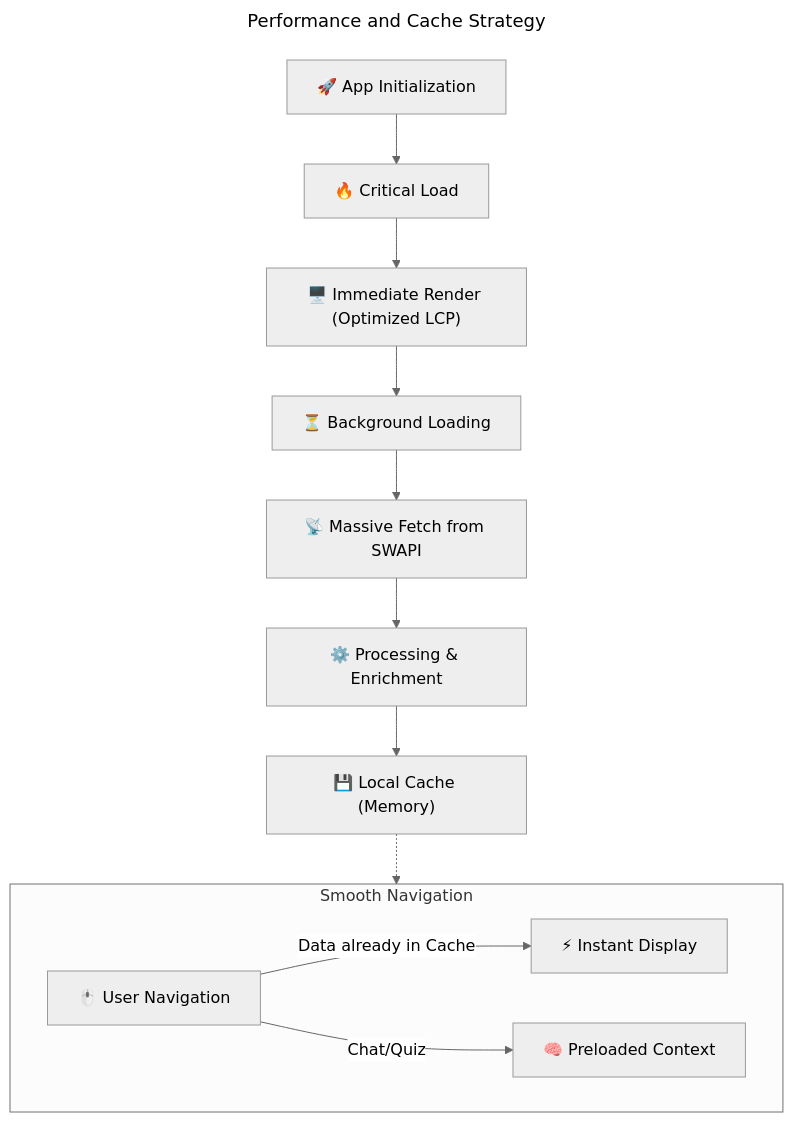
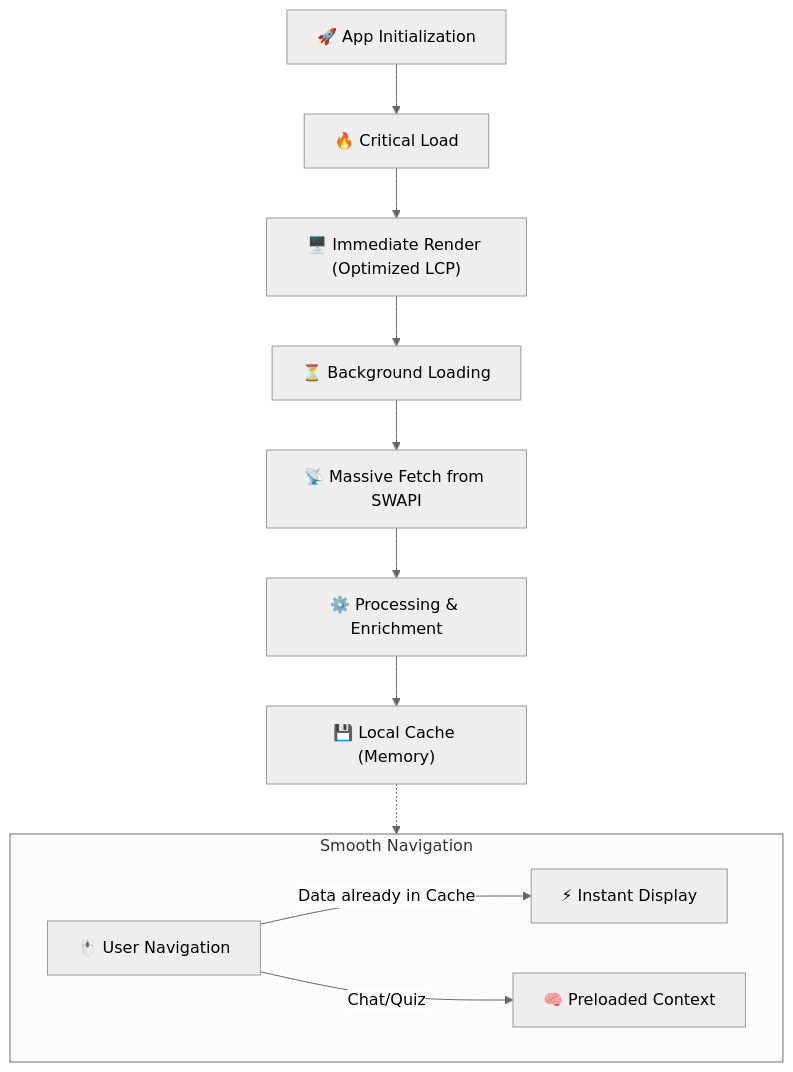
The first of 7 diagrams in portfolio-content/projects/Star-Wars-App-english.md (wmakeouthill/certificados-wesley), drawn with Mermaid (neutral theme) before and after one commit. The commit also changed other lines of this file and 3 other files, not shown here.

````diff
--- a/portfolio-content/projects/Star-Wars-App-english.md
+++ b/portfolio-content/projects/Star-Wars-App-english.md
@@ -176,21 +176,19 @@
 ```mermaid
----
-title: Performance and Cache Strategy
----
+%%{title: "Performance and Cache Strategy"}%%
 flowchart TD
     Init["🚀 App Initialization"] --> FastLoad["🔥 Critical Load"]
     FastLoad --> Render["🖥️ Immediate Render (Optimized LCP)"]
     
     Render --> Background["⏳ Background Loading"]
     Background --> FetchAll["📡 Massive Fetch from SWAPI"]
     FetchAll --> Process["⚙️ Processing & Enrichment"]
     Process --> Cache["💾 Local Cache (Memory)"]
     
     subgraph UX_Fluidity ["Smooth Navigation"]
         UserAction["🖱️ User Navigation"]
         UserAction -- "Data already in Cache" --> InstantServe["⚡ Instant Display"]
         UserAction -- "Chat/Quiz" --> ContextAware["🧠 Preloaded Context"]
     end
     
     Cache -.-> UX_Fluidity
 ```
````
